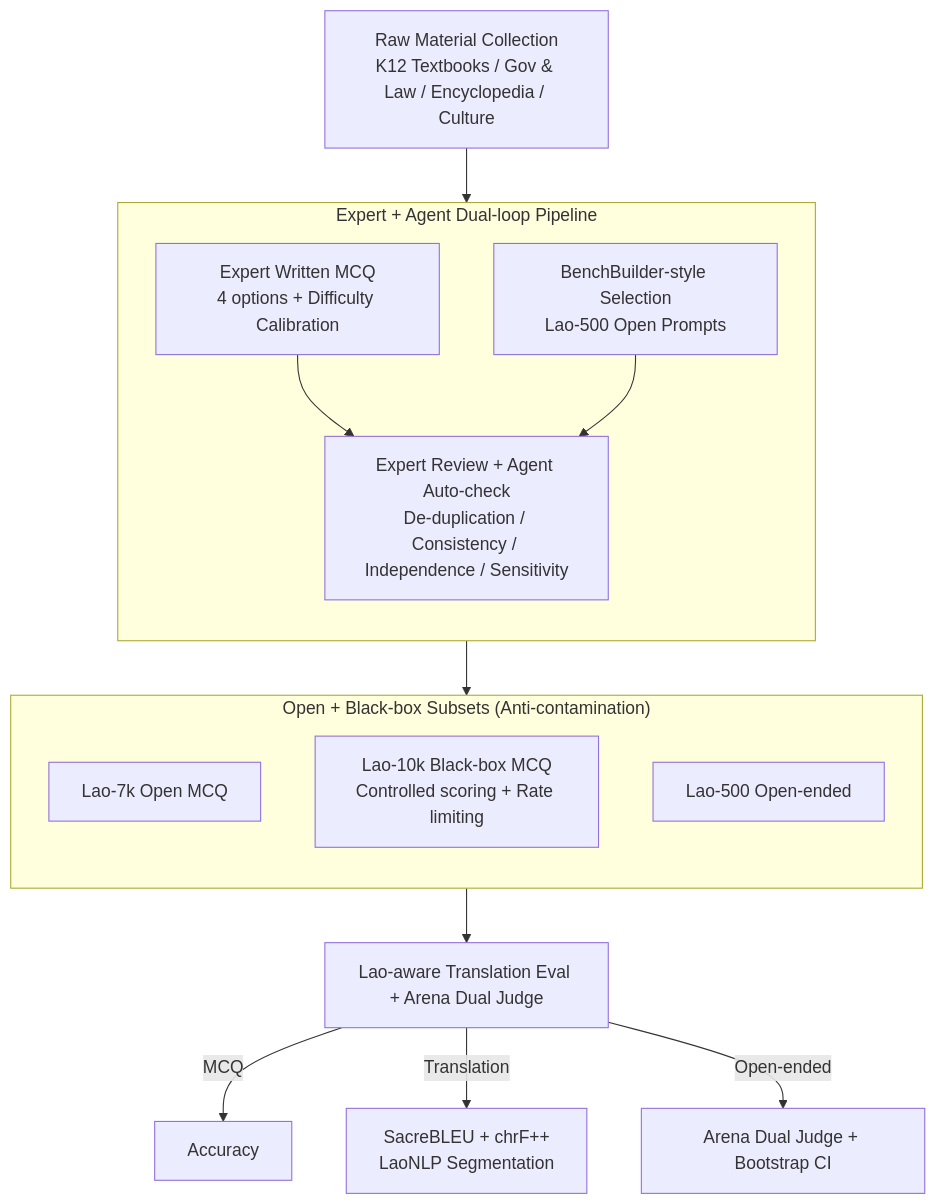
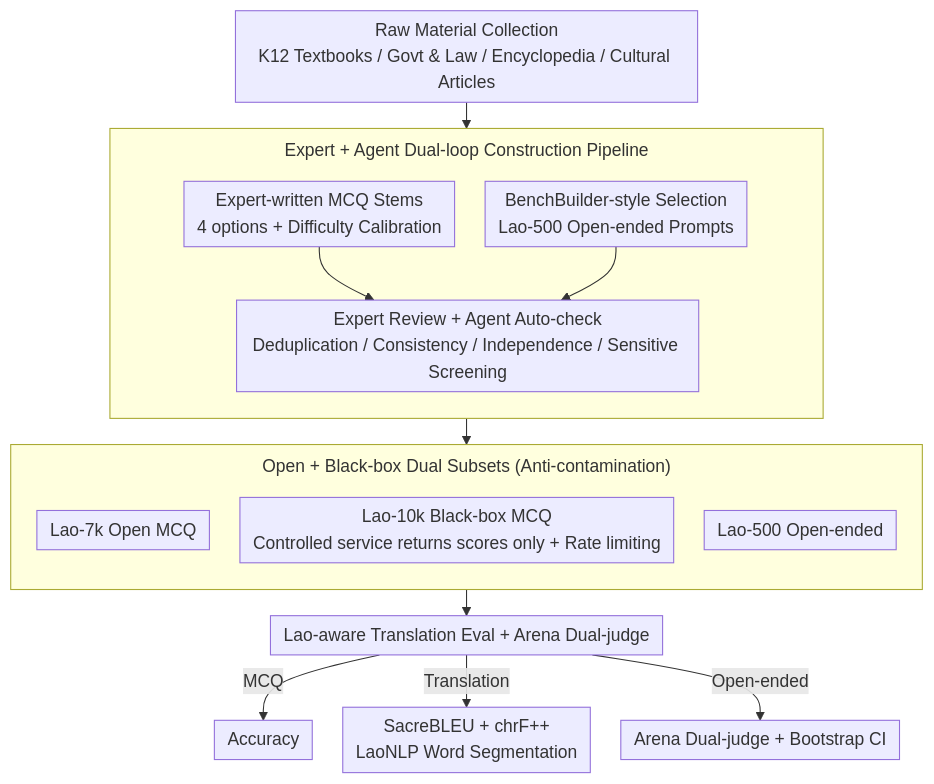
Before and after one commit to zhaoyang97/Paper-Notes-en: the diagram in docs/ACL2026/multilingual_mt/laobench_a_large-scale_multidimensional_lao_benchmark_for_large_language_models.md, drawn with Mermaid. The commit also changed other lines of this file and 5084 other files, not shown here.

````diff
--- a/docs/ACL2026/multilingual_mt/laobench_a_large-scale_multidimensional_lao_benchmark_for_large_language_models.md
+++ b/docs/ACL2026/multilingual_mt/laobench_a_large-scale_multidimensional_lao_benchmark_for_large_language_models.md
@@ -42,24 +42,25 @@
 ```mermaid
-graph TD
-    A["Raw Material Collection<br/>K12 Textbooks / Gov & Law / Encyclopedia / Culture"]
-    subgraph BUILD["Expert + Agent Dual-loop Pipeline"]
+%%{init: {'flowchart': {'rankSpacing': 24, 'nodeSpacing': 28, 'padding': 6, 'wrappingWidth': 400, 'subGraphTitleMargin': {'top': 8, 'bottom': 16}}}}%%
+flowchart TD
+    A["Raw Material Collection<br/>K12 Textbooks / Govt & Law / Encyclopedia / Cultural Articles"]
+    subgraph BUILD["Expert + Agent Dual-loop Construction Pipeline"]
         direction TB
-        B1["Expert Written MCQ<br/>4 options + Difficulty Calibration"]
-        B2["BenchBuilder-style Selection<br/>Lao-500 Open Prompts"]
-        V["Expert Review + Agent Auto-check<br/>De-duplication / Consistency / Independence / Sensitivity"]
+        B1["Expert-written MCQ Stems<br/>4 options + Difficulty Calibration"]
+        B2["BenchBuilder-style Selection<br/>Lao-500 Open-ended Prompts"]
+        V["Expert Review + Agent Auto-check<br/>Deduplication / Consistency / Independence / Sensitive Screening"]
         B1 --> V
         B2 --> V
     end
     A --> BUILD
-    subgraph SUBSET["Open + Black-box Subsets (Anti-contamination)"]
+    subgraph SUBSET["Open + Black-box Dual Subsets (Anti-contamination)"]
         direction TB
         C1["Lao-7k Open MCQ"]
-        C2["Lao-10k Black-box MCQ<br/>Controlled scoring + Rate limiting"]
+        C2["Lao-10k Black-box MCQ<br/>Controlled service returns scores only + Rate limiting"]
         C3["Lao-500 Open-ended"]
     end
     BUILD --> SUBSET
-    SUBSET --> E["Lao-aware Translation Eval + Arena Dual Judge"]
+    SUBSET --> E["Lao-aware Translation Eval + Arena Dual-judge"]
     E -->|MCQ| F1["Accuracy"]
-    E -->|Translation| F2["SacreBLEU + chrF++<br/>LaoNLP Segmentation"]
-    E -->|Open-ended| F3["Arena Dual Judge + Bootstrap CI"]
+    E -->|Translation| F2["SacreBLEU + chrF++<br/>LaoNLP Word Segmentation"]
+    E -->|Open-ended| F3["Arena Dual-judge + Bootstrap CI"]
 ```
````
